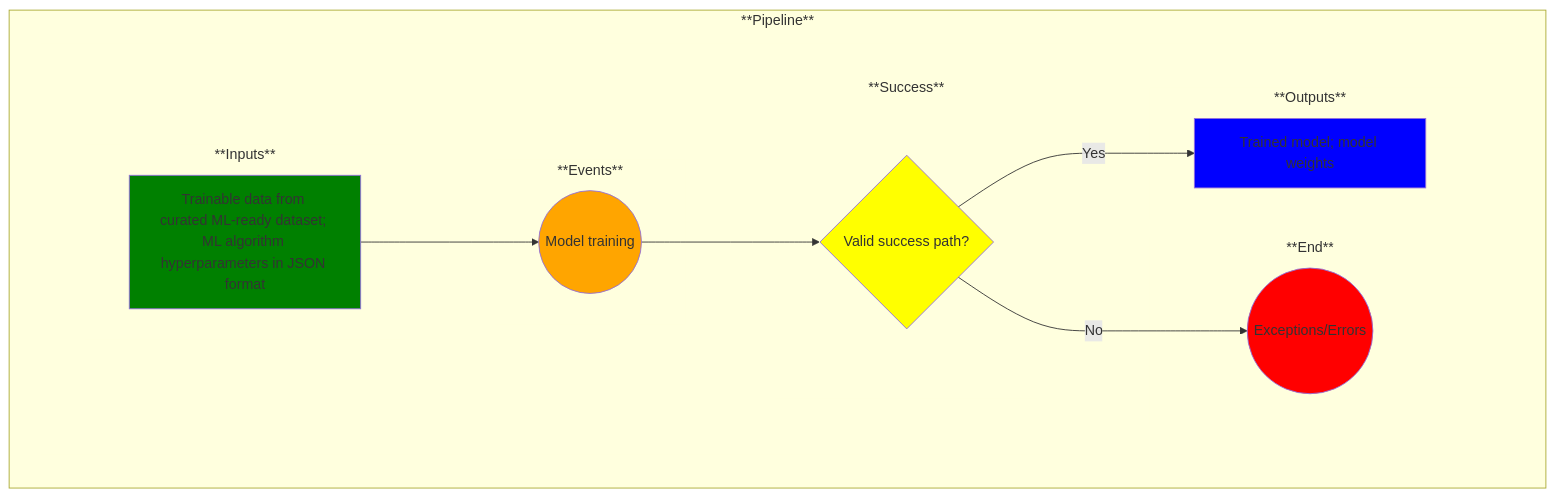
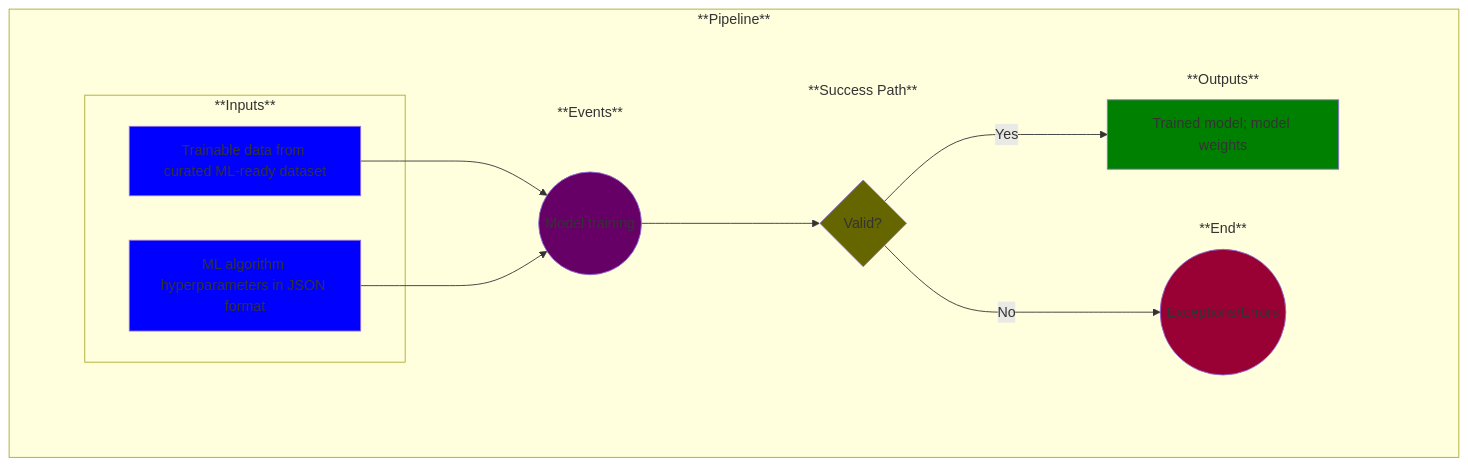
One commit to MLOps-OpenAPI/arch-diagrams changed the diagram in use-cases/9-model-trained.md. Above: the diagram before and after it, drawn with Mermaid. The commit also changed other lines of this file and 4 other files, not shown here.

````diff
--- a/use-cases/9-model-trained.md
+++ b/use-cases/9-model-trained.md
@@ -16,65 +18,72 @@
 ```mermaid
 
 %% Creating a left-to-right flowchart
 %% Learn the syntax here: https://mermaid.js.org/syntax/flowchart.html
 %% Note: flowchart and graph are the same in Mermaid
 graph LR;
 
     %% Define the common flow items:
     %%A--> B
     %%B-->C
     subgraph Pipeline ["**Pipeline**"]
         
         %% Add an empty node to overcome some formatting issues
         subgraph invisibleSpace["<br/>"]
 
             subgraph Inputs ["**Inputs**"]
-                A
+                A1
+            end
+            subgraph Inputs ["**Inputs**"]
+                A2
             end
             subgraph Events ["**Events**"]
                 B
             end
-            subgraph Success ["**Success**"]
+            subgraph Success ["**Success Path**"]
                 C
             end
             subgraph End ["**End**"]
                 D
             end
             subgraph Outputs ["**Outputs**"]
                 E
             end
         end
-        A-->B
+        A1-->B
+        A2-->B
         B-->C
         C--> | No | D
         C--> | Yes | E
     end
 
     %% Now label and style the blocks
     %% Note: You could have done this above, but I find this to be cleaner and easier to manage
 
-    A[Trainable data from curated ML-ready dataset; ML algorithm hyperparameters in JSON format]
-    style A fill:green
+    A1[Trainable data from curated ML-ready dataset]
+    style A1 fill:blue
+
+    A2[ML algorithm hyperparameters in JSON format]
+    style A2 fill:blue
 
     B((Model training))
-    style B fill:orange
+    style B fill:#660066
 
-    C{Valid success path?}
-    style C fill:yellow
+    C{Valid?}
+    style C fill:#666600
 
     D((Exceptions/Errors))
-    style D fill:red
+    style D fill:#990033
 
     E[Trained model; model weights]
-    style E fill:blue
+    style E fill:green
     
     %% Remove unnecessary box outlines
     style invisibleSpace stroke-width:0
     style Inputs stroke-width:0
     style Events stroke-width:0
     style Outputs stroke-width:0
     style End stroke-width:0
     style Success stroke-width:0
 
 
 ```
````
